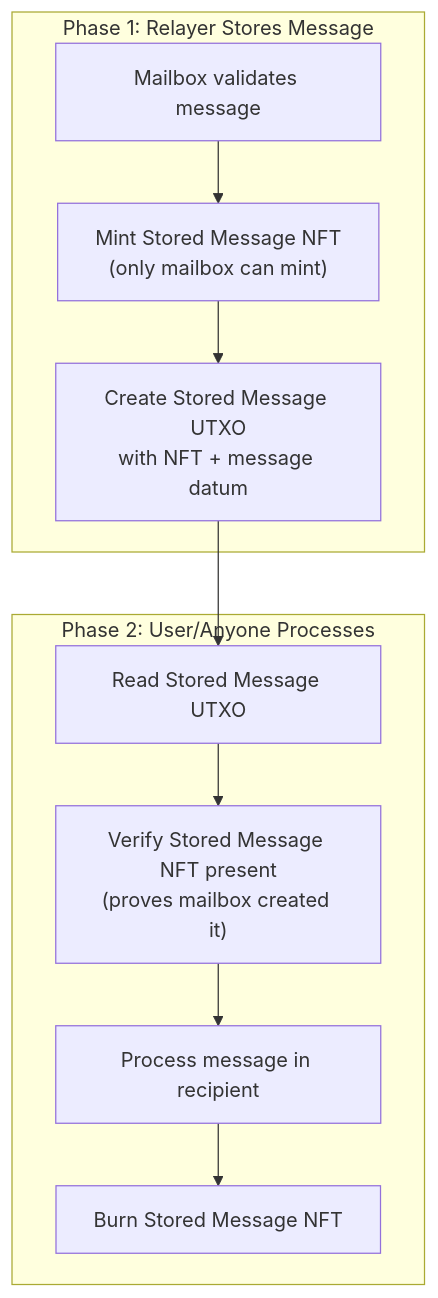
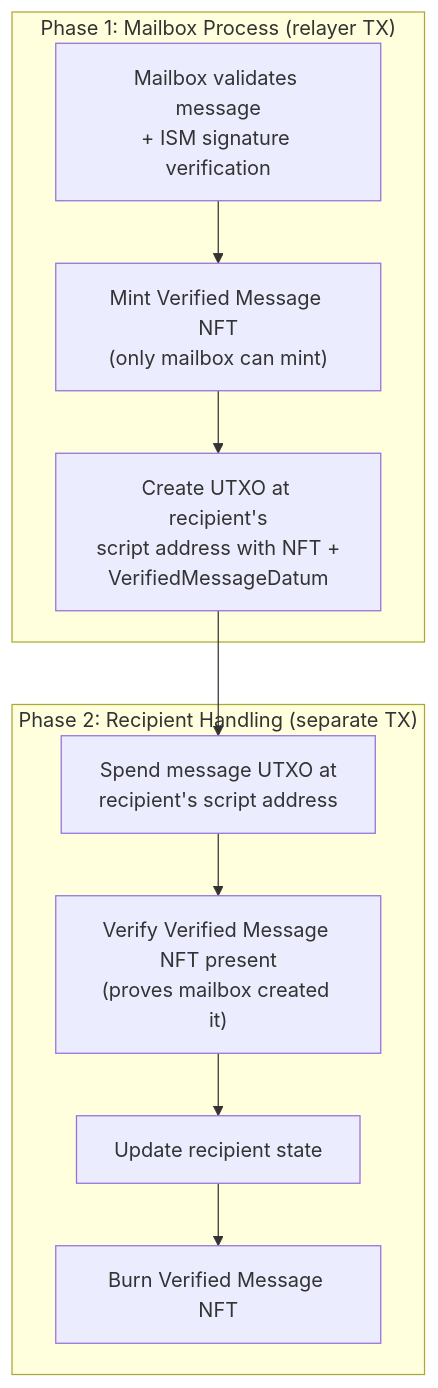
Diagram 11 of 15 in cardano/docs/DESIGN.md (eigerco/hyperlane-monorepo), drawn with Mermaid before and after one commit. The commit also changed other lines of this file and 4 other files, not shown here.

First line of the commit message:
docs(cardano): update docs for simplified architecture

````diff
--- a/cardano/docs/DESIGN.md
+++ b/cardano/docs/DESIGN.md
@@ -369,22 +459,22 @@
 ```mermaid
 flowchart TB
-    subgraph Phase1["Phase 1: Relayer Stores Message"]
-        MB["Mailbox validates message"]
-        MINT["Mint Stored Message NFT<br/>(only mailbox can mint)"]
-        STORE["Create Stored Message UTXO<br/>with NFT + message datum"]
+    subgraph Phase1["Phase 1: Mailbox Process (relayer TX)"]
+        MB["Mailbox validates message<br/>+ ISM signature verification"]
+        MINT["Mint Verified Message NFT<br/>(only mailbox can mint)"]
+        STORE["Create UTXO at recipient's<br/>script address with NFT +<br/>VerifiedMessageDatum"]
     end
 
-    subgraph Phase2["Phase 2: User/Anyone Processes"]
-        READ["Read Stored Message UTXO"]
-        VERIFY["Verify Stored Message NFT present<br/>(proves mailbox created it)"]
-        PROCESS["Process message in recipient"]
-        BURN["Burn Stored Message NFT"]
+    subgraph Phase2["Phase 2: Recipient Handling (separate TX)"]
+        READ["Spend message UTXO at<br/>recipient's script address"]
+        VERIFY["Verify Verified Message NFT present<br/>(proves mailbox created it)"]
+        PROCESS["Update recipient state"]
+        BURN["Burn Verified Message NFT"]
     end
 
     MB --> MINT
     MINT --> STORE
     STORE --> READ
     READ --> VERIFY
     VERIFY --> PROCESS
     PROCESS --> BURN
 ```
````
